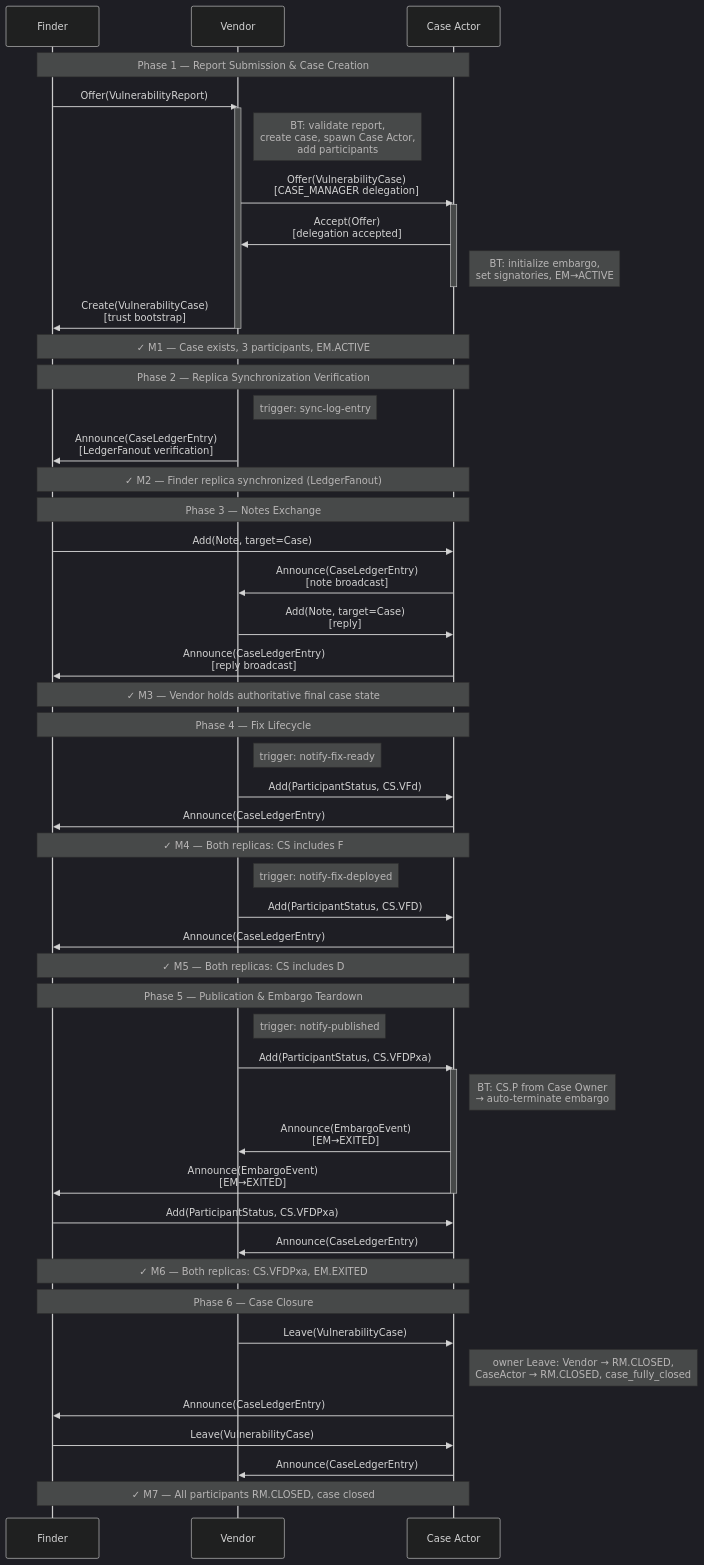
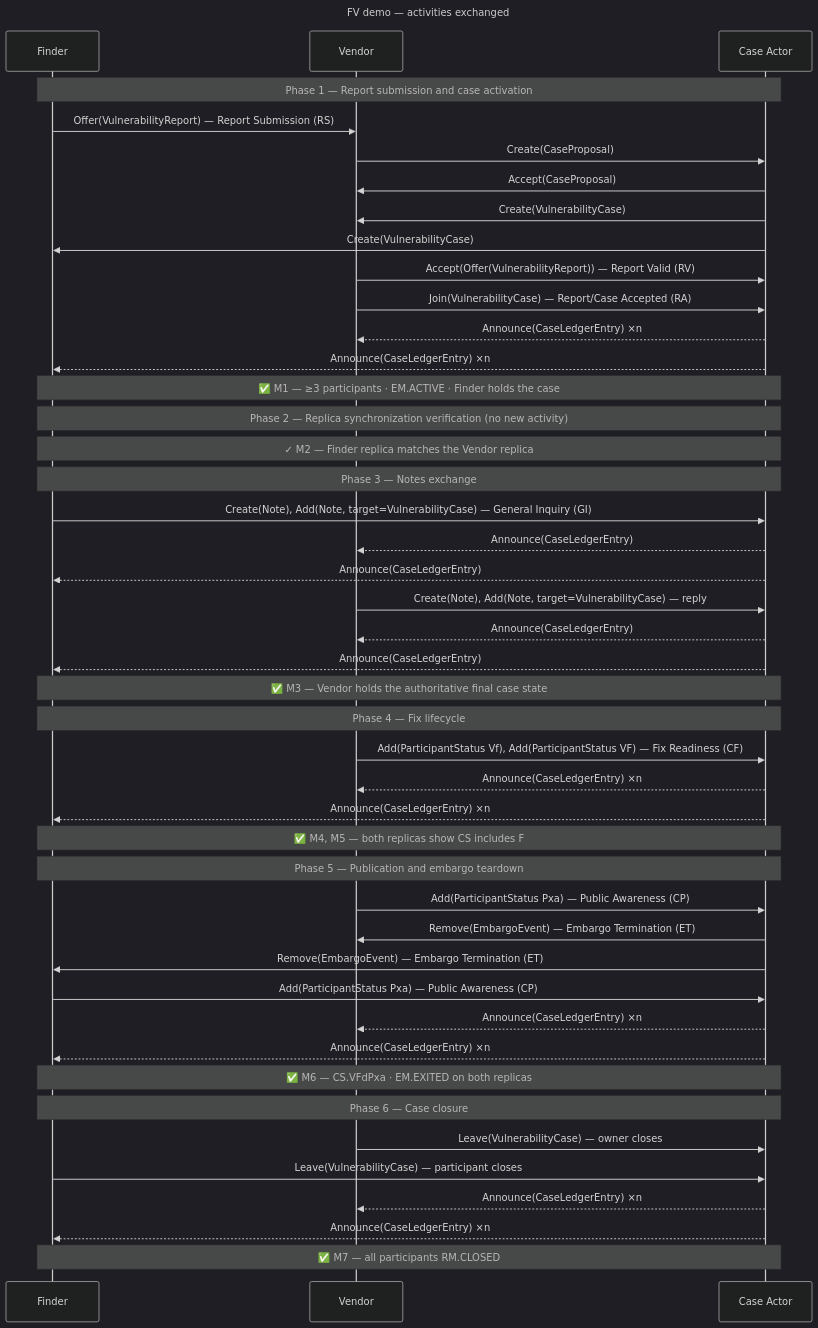
One commit to CERTCC/Vultron changed the diagram in docs/reference/fv-demo-protocol.md. Above: the diagram before and after it, drawn with Mermaid (dark theme). The commit also changed other lines of this file and 24 other files, not shown here.

````diff
--- a/docs/reference/fv-demo-protocol.md
+++ b/docs/reference/fv-demo-protocol.md
@@ -48,69 +49,55 @@
 ```mermaid
+---
+title: FV demo — activities exchanged
+---
 sequenceDiagram
     participant F as Finder
     participant V as Vendor
     participant CA as Case Actor
 
-    note over F,CA: Phase 1 — Report Submission & Case Creation
+    note over F,CA: Phase 1 — Report submission and case activation
+    F->>V: Offer(VulnerabilityReport) — Report Submission (RS)
+    V->>CA: Create(CaseProposal)
+    CA->>V: Accept(CaseProposal)
+    CA->>V: Create(VulnerabilityCase)
+    CA->>F: Create(VulnerabilityCase)
+    V->>CA: Accept(Offer(VulnerabilityReport)) — Report Valid (RV)
+    V->>CA: Join(VulnerabilityCase) — Report/Case Accepted (RA)
+    CA-->>V: Announce(CaseLedgerEntry) ×n
+    CA-->>F: Announce(CaseLedgerEntry) ×n
+    note over F,CA: ✅ M1 — ≥3 participants · EM.ACTIVE · Finder holds the case
 
-    F->>V: Offer(VulnerabilityReport)
-    activate V
-    note right of V: BT: validate report,<br/>create case, spawn Case Actor,<br/>add participants
-    V->>CA: Offer(VulnerabilityCase)<br/>[CASE_MANAGER delegation]
-    activate CA
-    CA->>V: Accept(Offer)<br/>[delegation accepted]
-    note right of CA: BT: initialize embargo,<br/>set signatories, EM→ACTIVE
-    deactivate CA
-    V->>F: Create(VulnerabilityCase)<br/>[trust bootstrap]
-    deactivate V
-    note over F,CA: ✓ M1 — Case exists, 3 participants, EM.ACTIVE
+    note over F,CA: Phase 2 — Replica synchronization verification (no new activity)
+    note over F,CA: ✓ M2 — Finder replica matches the Vendor replica
 
-    note over F,CA: Phase 2 — Replica Synchronization Verification
+    note over F,CA: Phase 3 — Notes exchange
+    F->>CA: Create(Note), Add(Note, target=VulnerabilityCase) — General Inquiry (GI)
+    CA-->>V: Announce(CaseLedgerEntry)
+    CA-->>F: Announce(CaseLedgerEntry)
+    V->>CA: Create(Note), Add(Note, target=VulnerabilityCase) — reply
+    CA-->>V: Announce(CaseLedgerEntry)
+    CA-->>F: Announce(CaseLedgerEntry)
+    note over F,CA: ✅ M3 — Vendor holds the authoritative final case state
 
-    note right of V: trigger: sync-log-entry
-    V->>F: Announce(CaseLedgerEntry)<br/>[LedgerFanout verification]
-    note over F,CA: ✓ M2 — Finder replica synchronized (LedgerFanout)
+    note over F,CA: Phase 4 — Fix lifecycle
+    V->>CA: Add(ParticipantStatus Vf), Add(ParticipantStatus VF) — Fix Readiness (CF)
+    CA-->>V: Announce(CaseLedgerEntry) ×n
+    CA-->>F: Announce(CaseLedgerEntry) ×n
+    note over F,CA: ✅ M4, M5 — both replicas show CS includes F
 
-    note over F,CA: Phase 3 — Notes Exchange
+    note over F,CA: Phase 5 — Publication and embargo teardown
+    V->>CA: Add(ParticipantStatus Pxa) — Public Awareness (CP)
+    CA->>V: Remove(EmbargoEvent) — Embargo Termination (ET)
+    CA->>F: Remove(EmbargoEvent) — Embargo Termination (ET)
+    F->>CA: Add(ParticipantStatus Pxa) — Public Awareness (CP)
+    CA-->>V: Announce(CaseLedgerEntry) ×n
+    CA-->>F: Announce(CaseLedgerEntry) ×n
+    note over F,CA: ✅ M6 — CS.VFdPxa · EM.EXITED on both replicas
 
-    F->>CA: Add(Note, target=Case)
-    CA->>V: Announce(CaseLedgerEntry)<br/>[note broadcast]
-    V->>CA: Add(Note, target=Case)<br/>[reply]
-    CA->>F: Announce(CaseLedgerEntry)<br/>[reply broadcast]
-
-    note over F,CA: ✓ M3 — Vendor holds authoritative final case state
-
-    note over F,CA: Phase 4 — Fix Lifecycle
-
-    note right of V: trigger: notify-fix-ready
-    V->>CA: Add(ParticipantStatus, CS.VFd)
-    CA->>F: Announce(CaseLedgerEntry)
-    note over F,CA: ✓ M4 — Both replicas: CS includes F
-
-    note right of V: trigger: notify-fix-deployed
-    V->>CA: Add(ParticipantStatus, CS.VFD)
-    CA->>F: Announce(CaseLedgerEntry)
-    note over F,CA: ✓ M5 — Both replicas: CS includes D
-
-    note over F,CA: Phase 5 — Publication & Embargo Teardown
-
-    note right of V: trigger: notify-published
-    V->>CA: Add(ParticipantStatus, CS.VFDPxa)
-    activate CA
-    note right of CA: BT: CS.P from Case Owner<br/>→ auto-terminate embargo
-    CA->>V: Announce(EmbargoEvent)<br/>[EM→EXITED]
-    CA->>F: Announce(EmbargoEvent)<br/>[EM→EXITED]
-    deactivate CA
-    F->>CA: Add(ParticipantStatus, CS.VFDPxa)
-    CA->>V: Announce(CaseLedgerEntry)
-    note over F,CA: ✓ M6 — Both replicas: CS.VFDPxa, EM.EXITED
-
-    note over F,CA: Phase 6 — Case Closure
-
-    V->>CA: Leave(VulnerabilityCase)
-    note right of CA: owner Leave: Vendor → RM.CLOSED,<br/>CaseActor → RM.CLOSED, case_fully_closed
-    CA->>F: Announce(CaseLedgerEntry)
-    F->>CA: Leave(VulnerabilityCase)
-    CA->>V: Announce(CaseLedgerEntry)
-    note over F,CA: ✓ M7 — All participants RM.CLOSED, case closed
+    note over F,CA: Phase 6 — Case closure
+    V->>CA: Leave(VulnerabilityCase) — owner closes
+    F->>CA: Leave(VulnerabilityCase) — participant closes
+    CA-->>V: Announce(CaseLedgerEntry) ×n
+    CA-->>F: Announce(CaseLedgerEntry) ×n
+    note over F,CA: ✅ M7 — all participants RM.CLOSED
 ```
````
